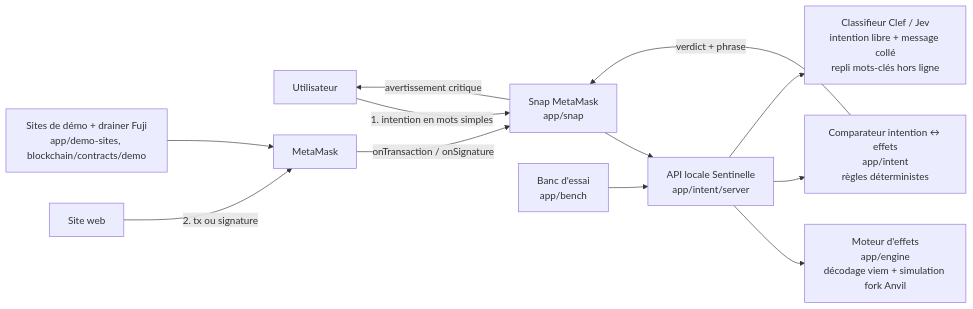
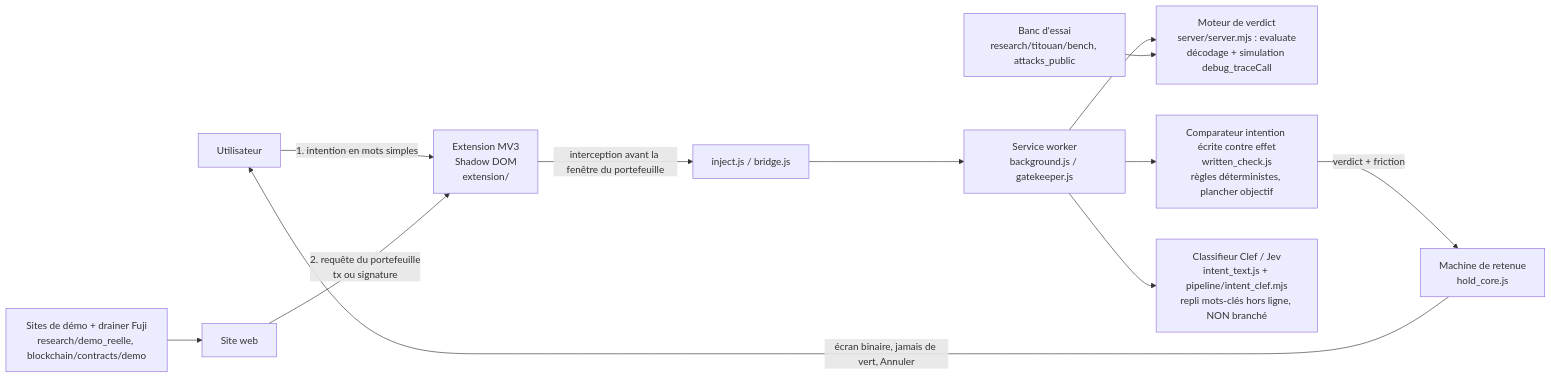
One commit to adembnn/secure-horizon changed the diagram in docs/intent-barrier.md. Above: the diagram before and after it, drawn with Mermaid. The commit also changed other lines of this file and 2 other files, not shown here.

Commit message:
coord: doc alignee sur le produit Hold up (D-009), board regenere

````diff
--- a/docs/intent-barrier.md
+++ b/docs/intent-barrier.md
@@ -9,14 +15,14 @@
 ```mermaid
 flowchart LR
-  U[Utilisateur] -->|1. intention en mots simples| SNAP[Snap MetaMask<br/>app/snap]
-  DAPP[Site web] -->|2. tx ou signature| MM[MetaMask]
-  MM -->|onTransaction / onSignature| SNAP
-  SNAP --> API[API locale Sentinelle<br/>app/intent/server]
-  API --> ENG[Moteur d'effets<br/>app/engine<br/>décodage viem + simulation fork Anvil]
-  API --> CMP[Comparateur intention ↔ effets<br/>app/intent<br/>règles déterministes]
-  API --> CLS[Classifieur Clef / Jev<br/>intention libre + message collé<br/>repli mots-clés hors ligne]
-  CMP -->|verdict + phrase| SNAP
-  SNAP -->|avertissement critique| U
-  BENCH[Banc d'essai<br/>app/bench] --> API
-  DEMO[Sites de démo + drainer Fuji<br/>app/demo-sites, blockchain/contracts/demo] --> MM
+  U[Utilisateur] -->|1. intention en mots simples| EXT[Extension MV3<br/>Shadow DOM<br/>extension/]
+  DAPP[Site web] -->|2. requête du portefeuille<br/>tx ou signature| EXT
+  EXT -->|interception avant la fenêtre du portefeuille| WRAP[inject.js / bridge.js]
+  WRAP --> SW[Service worker<br/>background.js / gatekeeper.js]
+  SW --> ENG[Moteur de verdict<br/>server/server.mjs : evaluate<br/>décodage + simulation debug_traceCall]
+  SW --> CMP[Comparateur intention écrite contre effet<br/>written_check.js<br/>règles déterministes, plancher objectif]
+  SW --> CLS[Classifieur Clef / Jev<br/>intent_text.js + pipeline/intent_clef.mjs<br/>repli mots-clés hors ligne, NON branché]
+  CMP -->|verdict + friction| HOLD[Machine de retenue<br/>hold_core.js]
+  HOLD -->|écran binaire, jamais de vert, Annuler| U
+  BENCH[Banc d'essai<br/>research/titouan/bench, attacks_public] --> ENG
+  DEMO[Sites de démo + drainer Fuji<br/>research/demo_reelle, blockchain/contracts/demo] --> DAPP
 ```
````
